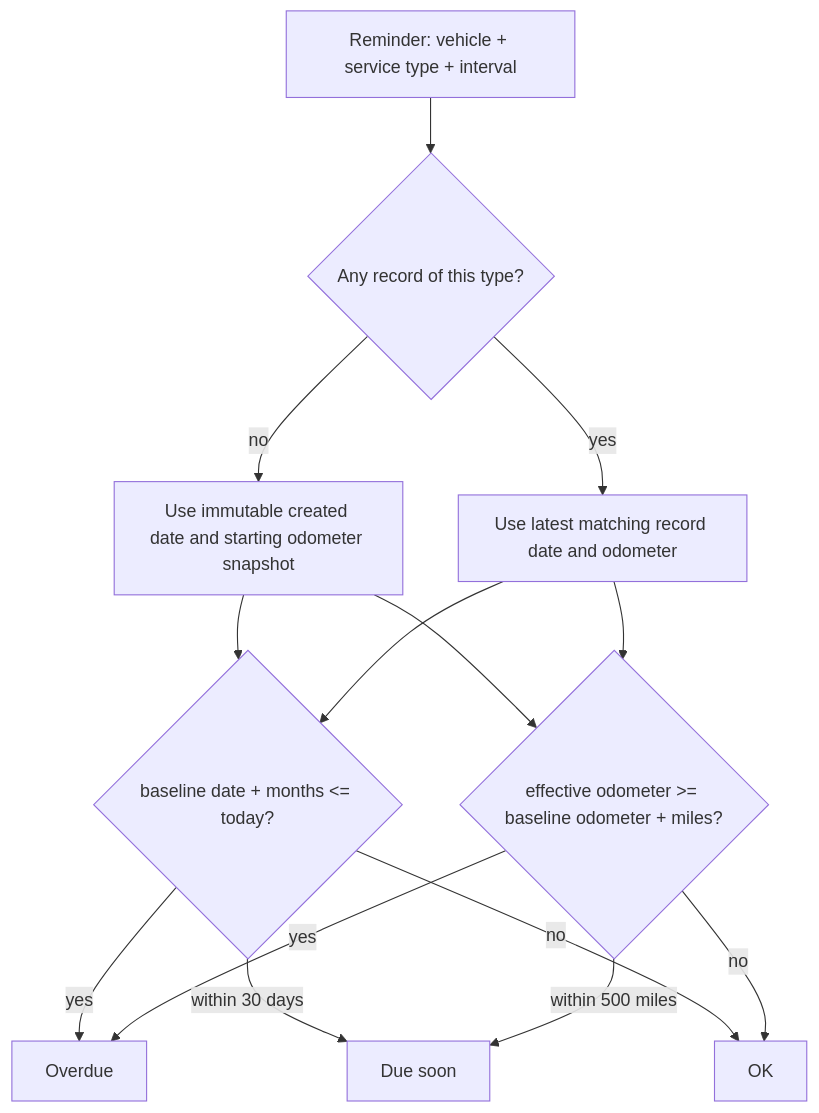
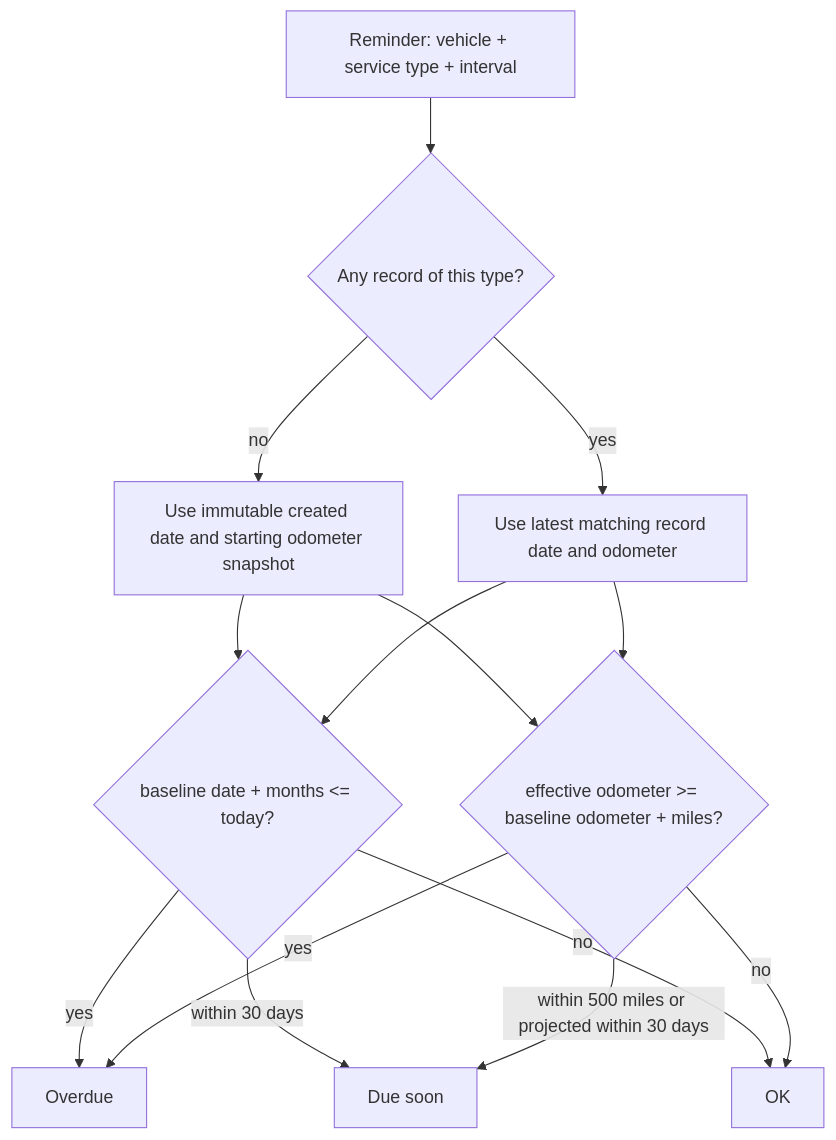
Before and after one commit to bitofbytes-io/carma: the second of 3 diagrams in docs/ARCHITECTURE.md, drawn with Mermaid. The commit also changed other lines of this file and 1 other file, not shown here.

````diff
--- a/docs/ARCHITECTURE.md
+++ b/docs/ARCHITECTURE.md
@@ -111,16 +111,16 @@
 ```mermaid
 flowchart TD
   R[Reminder: vehicle + service type + interval] --> B{Any record of this type?}
   B -->|no| F[Use immutable created date and starting odometer snapshot]
   B -->|yes| L[Use latest matching record date and odometer]
   F --> T{"baseline date + months <= today?"}
   F --> M{"effective odometer >= baseline odometer + miles?"}
   L --> T
   L --> M
   T -->|yes| DUE2[Overdue]
   M -->|yes| DUE2
   T -->|"within 30 days"| SOON[Due soon]
-  M -->|"within 500 miles"| SOON
+  M -->|"within 500 miles or projected within 30 days"| SOON
   T -->|no| OK[OK]
   M -->|no| OK
 ```
````
